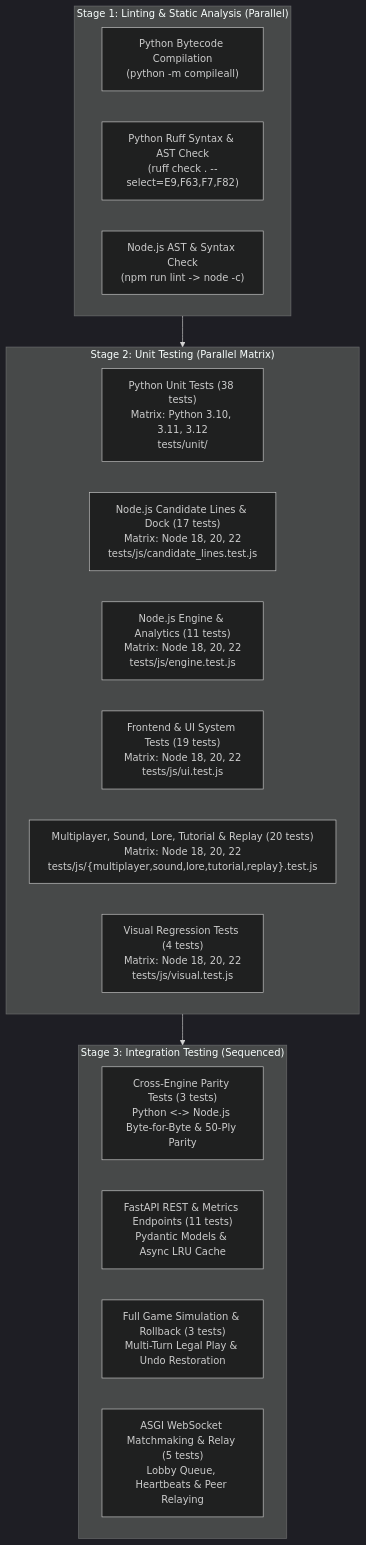
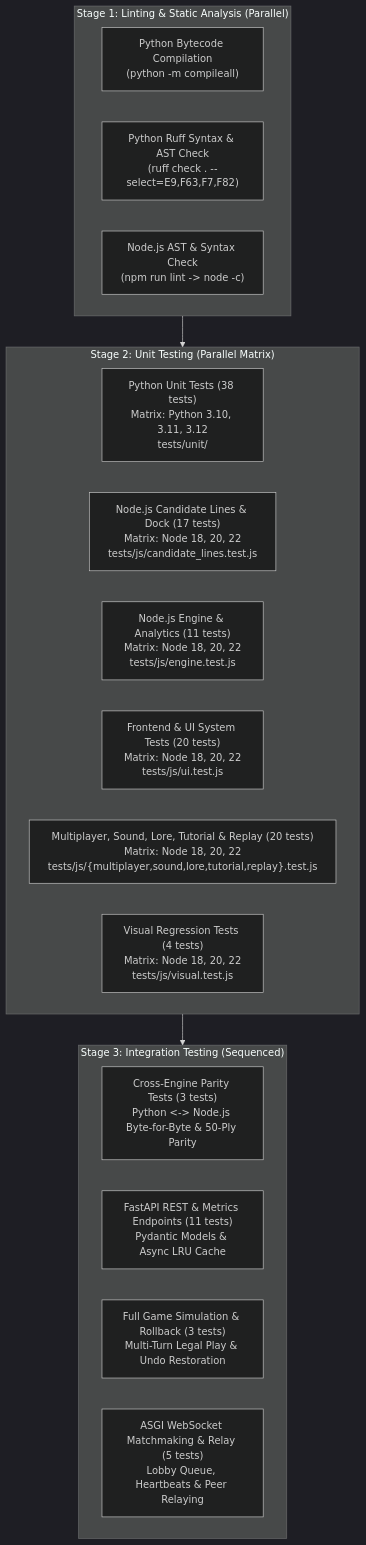
One commit to kshtomar/TigersDay changed the diagram in TESTS.md. Above: the diagram before and after it, drawn with Mermaid (dark theme). The commit also changed other lines of this file and 6 other files, not shown here.

````diff
--- a/TESTS.md
+++ b/TESTS.md
@@ -11,27 +11,27 @@
 ```mermaid
 flowchart TD
     subgraph Stage1["Stage 1: Linting & Static Analysis (Parallel)"]
         L1["Python Bytecode Compilation<br/>(python -m compileall)"]
         L2["Python Ruff Syntax & AST Check<br/>(ruff check . --select=E9,F63,F7,F82)"]
         L3["Node.js AST & Syntax Check<br/>(npm run lint -> node -c)"]
     end
 
     subgraph Stage2["Stage 2: Unit Testing (Parallel Matrix)"]
         U1["Python Unit Tests (38 tests)<br/>Matrix: Python 3.10, 3.11, 3.12<br/>tests/unit/"]
         U2["Node.js Candidate Lines & Dock (17 tests)<br/>Matrix: Node 18, 20, 22<br/>tests/js/candidate_lines.test.js"]
         U3["Node.js Engine & Analytics (11 tests)<br/>Matrix: Node 18, 20, 22<br/>tests/js/engine.test.js"]
-        U4["Frontend & UI System Tests (19 tests)<br/>Matrix: Node 18, 20, 22<br/>tests/js/ui.test.js"]
+        U4["Frontend & UI System Tests (20 tests)<br/>Matrix: Node 18, 20, 22<br/>tests/js/ui.test.js"]
         U5["Multiplayer, Sound, Lore, Tutorial & Replay (20 tests)<br/>Matrix: Node 18, 20, 22<br/>tests/js/{multiplayer,sound,lore,tutorial,replay}.test.js"]
         U6["Visual Regression Tests (4 tests)<br/>Matrix: Node 18, 20, 22<br/>tests/js/visual.test.js"]
     end
 
     subgraph Stage3["Stage 3: Integration Testing (Sequenced)"]
         I1["Cross-Engine Parity Tests (3 tests)<br/>Python <-> Node.js Byte-for-Byte & 50-Ply Parity"]
         I2["FastAPI REST & Metrics Endpoints (11 tests)<br/>Pydantic Models & Async LRU Cache"]
         I3["Full Game Simulation & Rollback (3 tests)<br/>Multi-Turn Legal Play & Undo Restoration"]
         I4["ASGI WebSocket Matchmaking & Relay (5 tests)<br/>Lobby Queue, Heartbeats & Peer Relaying"]
     end
 
     Stage1 --> Stage2
     Stage2 --> Stage3
 ```
````
